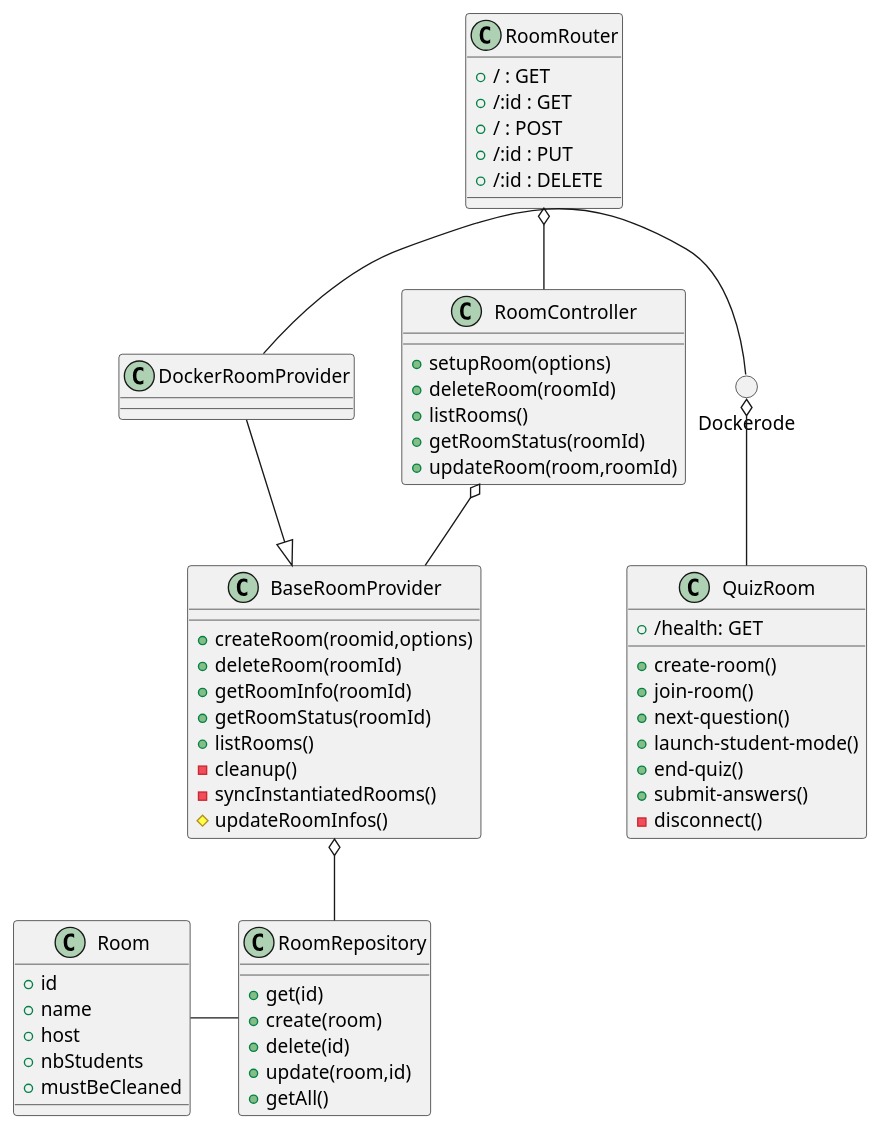
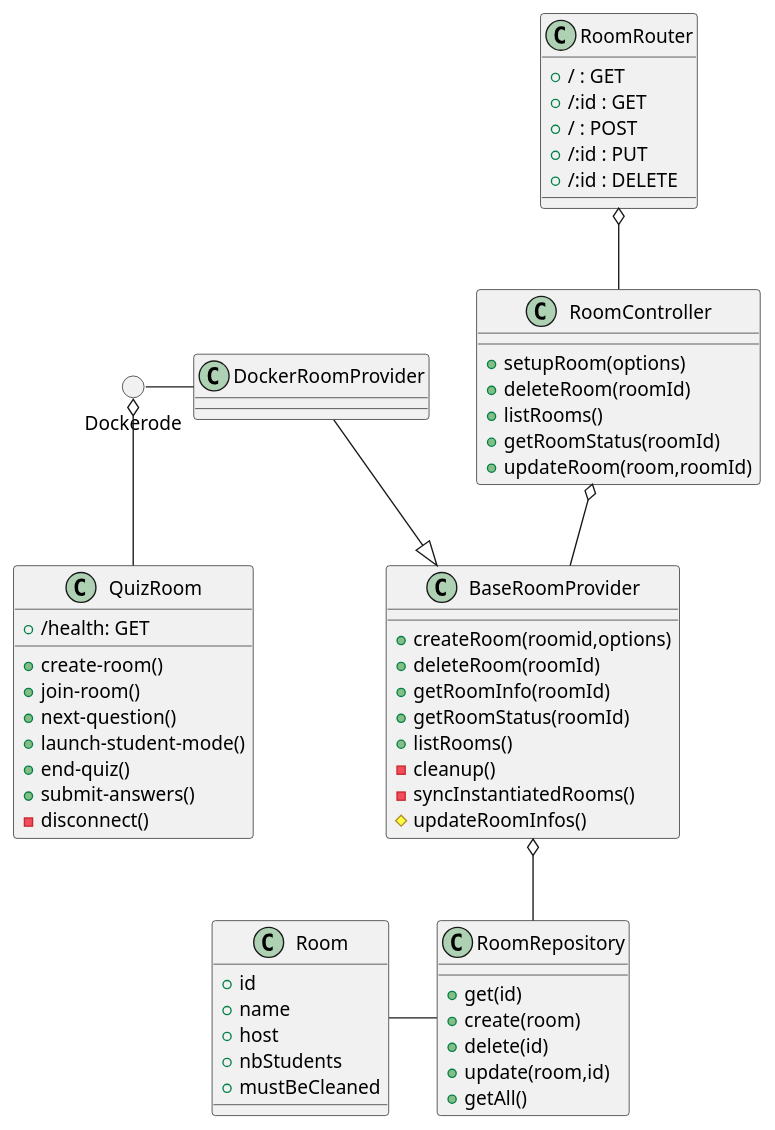
Before and after one commit to ets-cfuhrman-pfe/EvalueTonSavoir: the first of 2 diagrams in documentation/docs/developpeur/backend/salle-de-quiz.md, drawn with PlantUML.

Commit message:
clean diagram

````diff
--- a/documentation/docs/developpeur/backend/salle-de-quiz.md
+++ b/documentation/docs/developpeur/backend/salle-de-quiz.md
@@ -48,69 +48,69 @@
 ```plantuml
 @startuml
 class Room{
     +id
     +name
     +host
     +nbStudents
     +mustBeCleaned
 }
 
 class RoomRepository {
     +get(id)
     +create(room)
     +delete(id)
     +update(room,id)
     +getAll()
 }
 
 class RoomController {
     +setupRoom(options)
     +deleteRoom(roomId)
     +listRooms()
     +getRoomStatus(roomId)
     +updateRoom(room,roomId)
 }
 
 class RoomRouter{
     + / : GET
     + /:id : GET
     + / : POST
     + /:id : PUT
     + /:id : DELETE
 }
 
 class BaseRoomProvider {
     +createRoom(roomid,options)
     +deleteRoom(roomId)
     +getRoomInfo(roomId)
     +getRoomStatus(roomId)
     +listRooms()
     -cleanup()
     -syncInstantiatedRooms()
     #updateRoomInfos()
 }
 
 class DockerRoomProvider
 circle Dockerode
 
 
 Room - RoomRepository
 BaseRoomProvider o-- RoomRepository
 DockerRoomProvider --|> BaseRoomProvider
-DockerRoomProvider - Dockerode
+DockerRoomProvider -left- Dockerode
 Dockerode o-- QuizRoom
 RoomController o-- BaseRoomProvider
 RoomRouter o-- RoomController
 
 class QuizRoom{
     +/health: GET
     +create-room()
     +join-room()
     +next-question()
     +launch-student-mode()
     +end-quiz()
     +submit-answers()
     -disconnect()
 }
 @enduml
 ```
````
